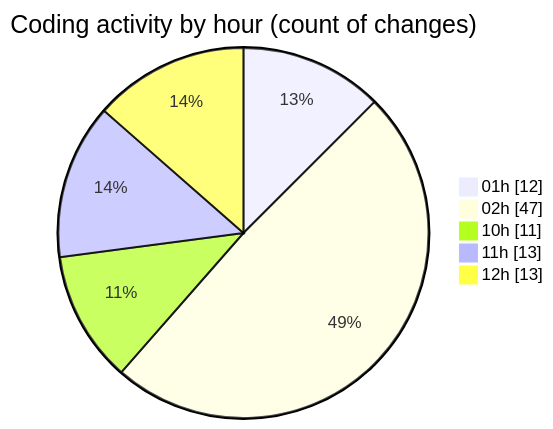
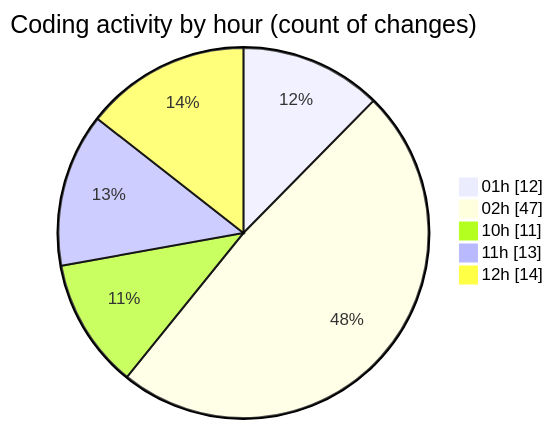
One commit to julien-gomy/code-tracking changed the second of 2 diagrams in 2025-10-24/eventscop-frontend-guide__workspace_/README.md. Above: the diagram before and after it, drawn with Mermaid. The commit also changed other lines of this file and 1 other file, not shown here.

````diff
--- a/2025-10-24/eventscop-frontend-guide__workspace_/README.md
+++ b/2025-10-24/eventscop-frontend-guide__workspace_/README.md
@@ -58,9 +59,9 @@
 ```mermaid
 pie showData
 title Coding activity by hour (count of changes)
 "01h" : 12
 "02h" : 47
 "10h" : 11
 "11h" : 13
-"12h" : 13
+"12h" : 14
 ```
````
